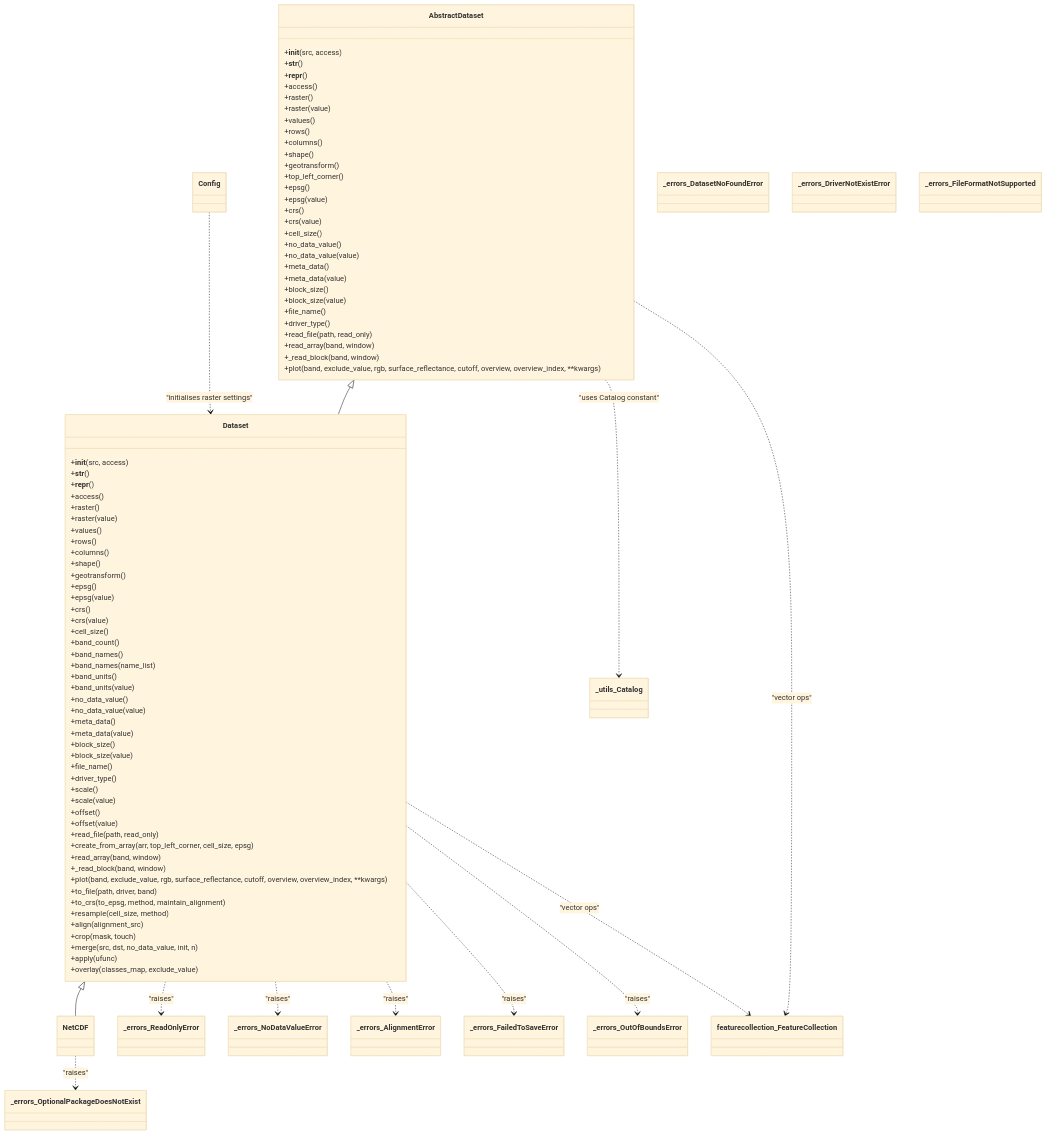
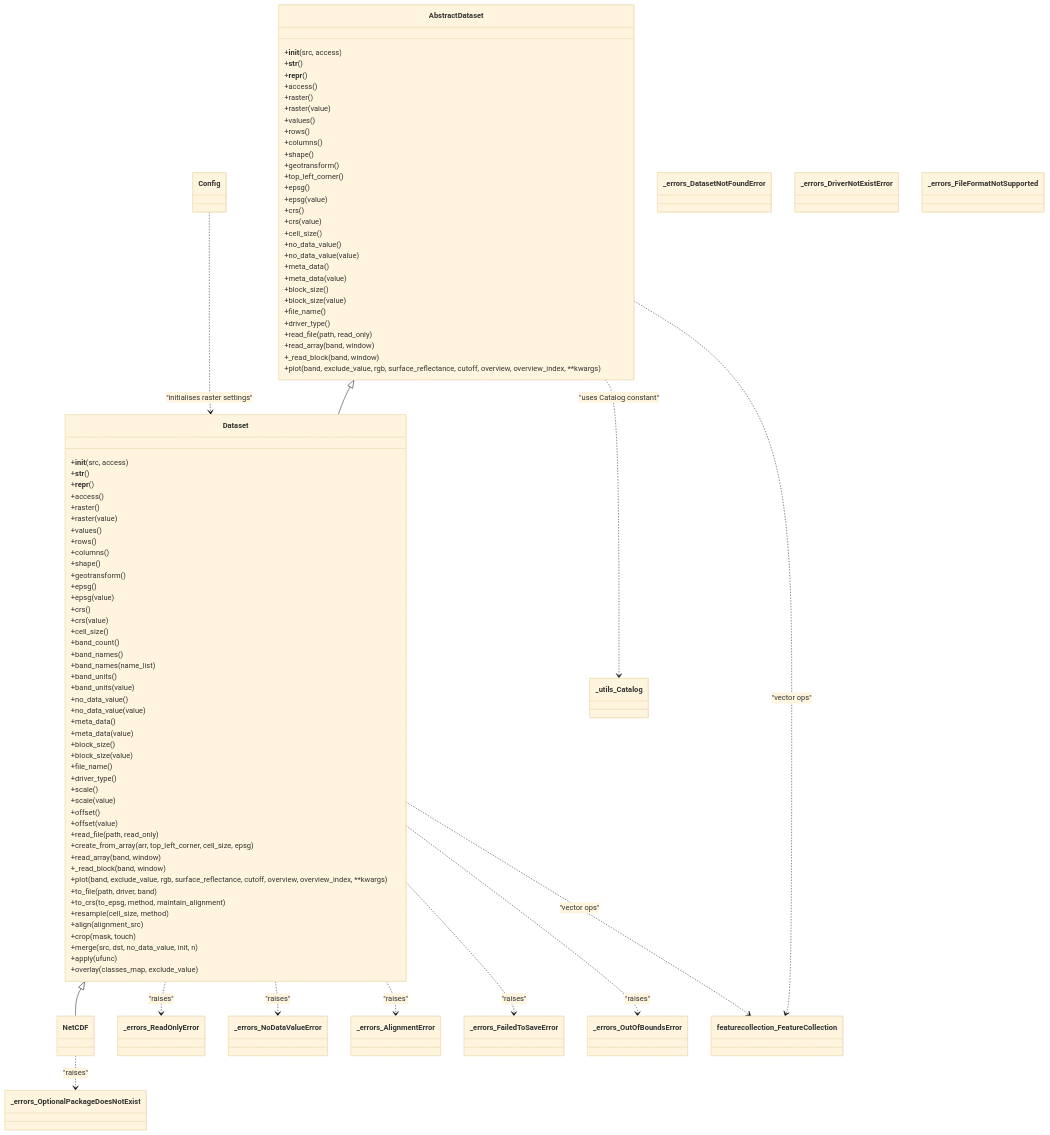
The first of 2 diagrams in docs/reference/dataset.md (Serapieum-of-alex/pyramids), drawn with Mermaid (base theme) before and after one commit. The commit also changed 5 other files, not shown here.

Commit message:
fix(errors): correct DatasetNoFoundError to DatasetNotFoundError in tests

```diff
--- a/docs/reference/dataset.md
+++ b/docs/reference/dataset.md
@@ -103,7 +103,7 @@
 
     %% error classes
     class _errors_ReadOnlyError
-    class _errors_DatasetNoFoundError
+    class _errors_DatasetNotFoundError
     class _errors_NoDataValueError
     class _errors_AlignmentError
     class _errors_DriverNotExistError
```
